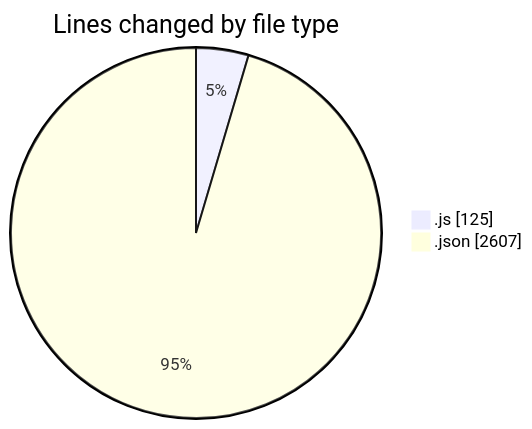
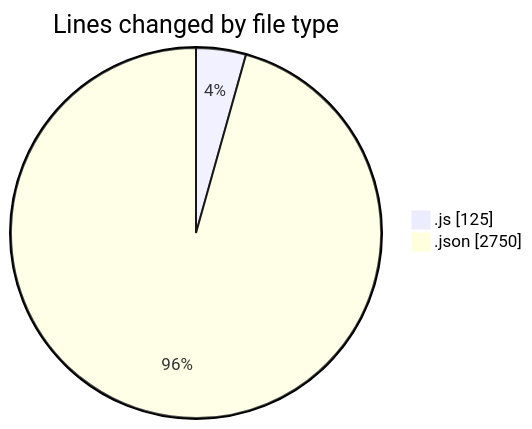
One commit to nxtqubesakshisongat/code-tracking changed the first of 2 diagrams in 2025-04-09/nxtqube_webapp/README.md. Above: the diagram before and after it, drawn with Mermaid. The commit also changed other lines of this file and 1 other file, not shown here.

````diff
--- a/2025-04-09/nxtqube_webapp/README.md
+++ b/2025-04-09/nxtqube_webapp/README.md
@@ -22,6 +22,6 @@
 ```mermaid
 pie showData
 title Lines changed by file type
 ".js" : 125
-".json" : 2607
+".json" : 2750
 ```
````
